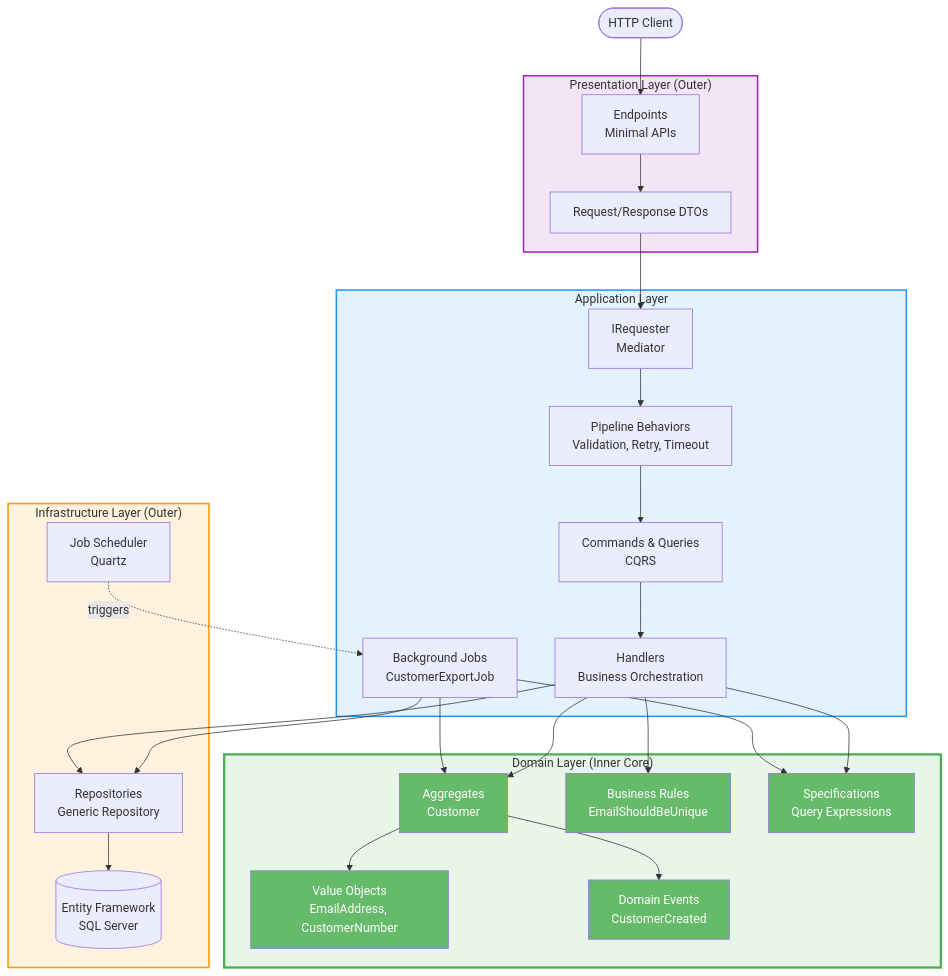
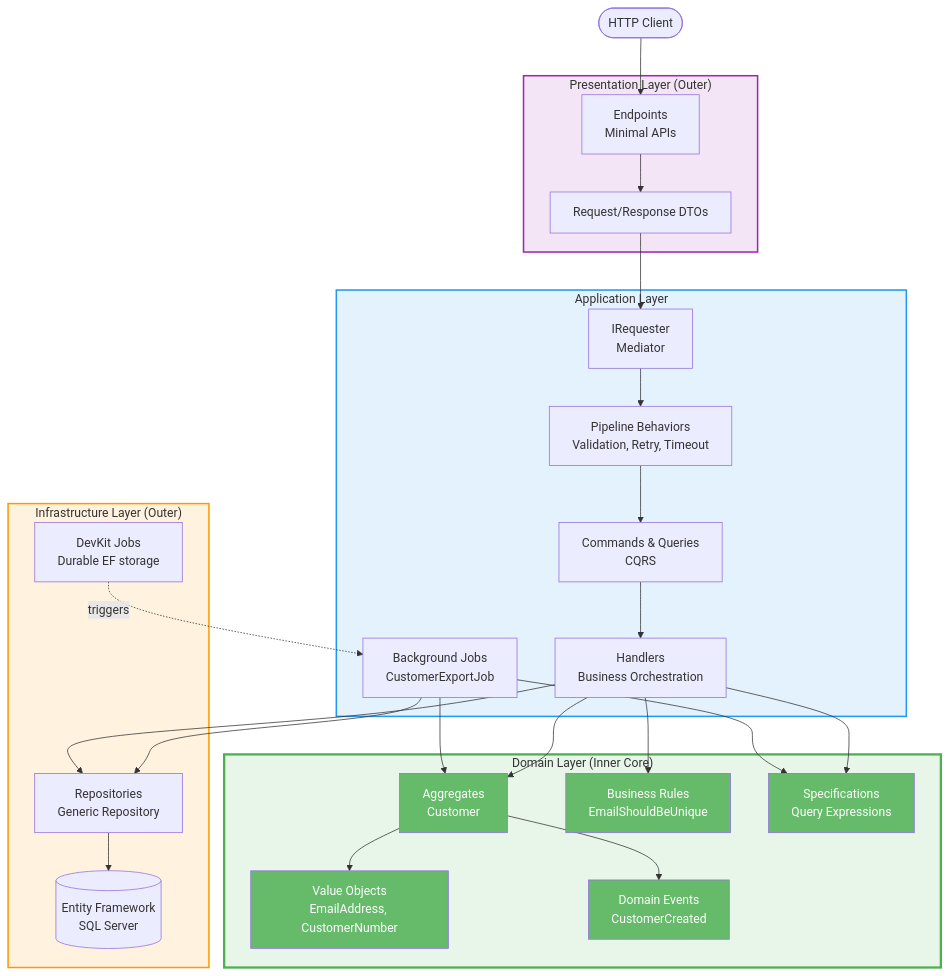
Before and after one commit to BridgingIT-GmbH/bITdevKit.Examples.GettingStarted: the third of 9 diagrams in README.md, drawn with Mermaid. The commit also changed other lines of this file and 6 other files, not shown here.

````diff
--- a/README.md
+++ b/README.md
@@ -247,68 +251,68 @@
 ```mermaid
 graph TB
     Client([HTTP Client]) --> Endpoints
 
     subgraph Presentation["Presentation Layer (Outer)"]
         Endpoints[Endpoints<br/>Minimal APIs]
         DTOs[Request/Response DTOs]
     end
 
     subgraph Application["Application Layer"]
         Requester[IRequester<br/>Mediator]
         CMD[Commands & Queries<br/>CQRS]
         BEHAV[Pipeline Behaviors<br/>Validation, Retry, Timeout]
         HAND[Handlers<br/>Business Orchestration]
         Jobs[Background Jobs<br/>CustomerExportJob]
     end
 
     subgraph Domain["Domain Layer (Inner Core)"]
         AGG[Aggregates<br/>Customer]
         VO[Value Objects<br/>EmailAddress, CustomerNumber]
         EVENTS[Domain Events<br/>CustomerCreated]
         RULES[Business Rules<br/>EmailShouldBeUnique]
         SPECS[Specifications<br/>Query Expressions]
     end
 
     subgraph Infrastructure["Infrastructure Layer (Outer)"]
         Repos[Repositories<br/>Generic Repository]
         DB[(Entity Framework<br/>SQL Server)]
-        Scheduler[Job Scheduler<br/>Quartz]
+        Scheduler[DevKit Jobs<br/>Durable EF storage]
     end
 
     %% Request Flow
     Endpoints --> DTOs
     DTOs --> Requester
     Requester --> BEHAV
     BEHAV --> CMD
     CMD --> HAND
 
     %% Handler to Domain
     HAND --> AGG
     HAND --> RULES
     HAND --> SPECS
 
     %% Jobs to Domain & Infrastructure
     Jobs --> AGG
     Jobs --> Repos
     Jobs --> SPECS
 
     %% Domain Internal
     AGG --> VO
     AGG --> EVENTS
 
     %% Persistence Flow
     HAND --> Repos
     Repos --> DB
     Scheduler -.triggers.-> Jobs
 
     %% Styling
     style Domain fill:#E8F5E9,stroke:#4CAF50,stroke-width:3px
     style AGG fill:#66BB6A,color:#fff
     style VO fill:#66BB6A,color:#fff
     style EVENTS fill:#66BB6A,color:#fff
     style RULES fill:#66BB6A,color:#fff
     style SPECS fill:#66BB6A,color:#fff
     style Application fill:#E3F2FD,stroke:#2196F3,stroke-width:2px
     style Presentation fill:#F3E5F5,stroke:#9C27B0,stroke-width:2px
     style Infrastructure fill:#FFF3E0,stroke:#FF9800,stroke-width:2px
 ```
````
